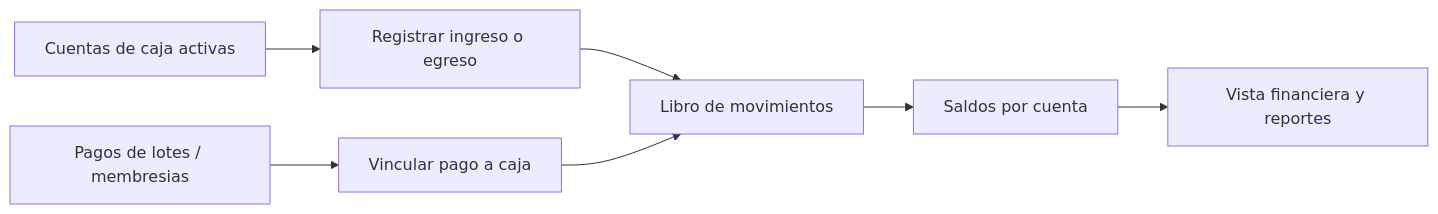
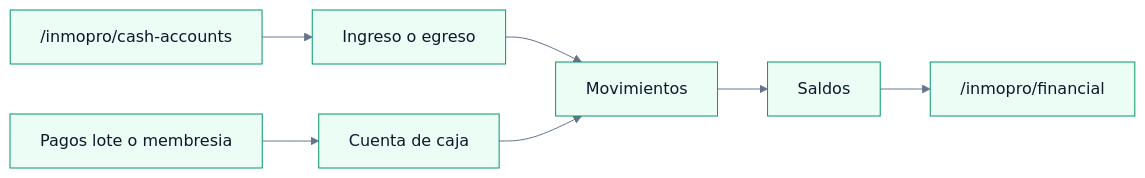
Before and after one commit to abitae/crm_lotes: diagram 13 of 20 in docs/GRAFICO_PROCESOS_SISTEMA.md, drawn with Mermaid. The commit also changed other lines of this file and 54 other files, not shown here.

````diff
--- a/docs/GRAFICO_PROCESOS_SISTEMA.md
+++ b/docs/GRAFICO_PROCESOS_SISTEMA.md
@@ -289,9 +322,10 @@
 ```mermaid
+%%{init: {'theme':'base', 'themeVariables': {'primaryColor':'#ecfdf5','primaryTextColor':'#0f172a','primaryBorderColor':'#059669','lineColor':'#64748b','secondaryColor':'#f1f5f9','tertiaryColor':'#ffffff'}}}%%
 flowchart LR
-    cashAccounts["Cuentas de caja activas"] --> registerEntry["Registrar ingreso o egreso"]
-    registerEntry --> ledger["Libro de movimientos"]
-    payments["Pagos de lotes / membresias"] --> linkCash["Vincular pago a caja"]
+    cashAccounts["/inmopro/cash-accounts"] --> registerEntry["Ingreso o egreso"]
+    registerEntry --> ledger["Movimientos"]
+    payments["Pagos lote o membresia"] --> linkCash["Cuenta de caja"]
     linkCash --> ledger
-    ledger --> balances["Saldos por cuenta"]
-    balances --> finance["Vista financiera y reportes"]
+    ledger --> balances["Saldos"]
+    balances --> finance["/inmopro/financial"]
 ```
````
